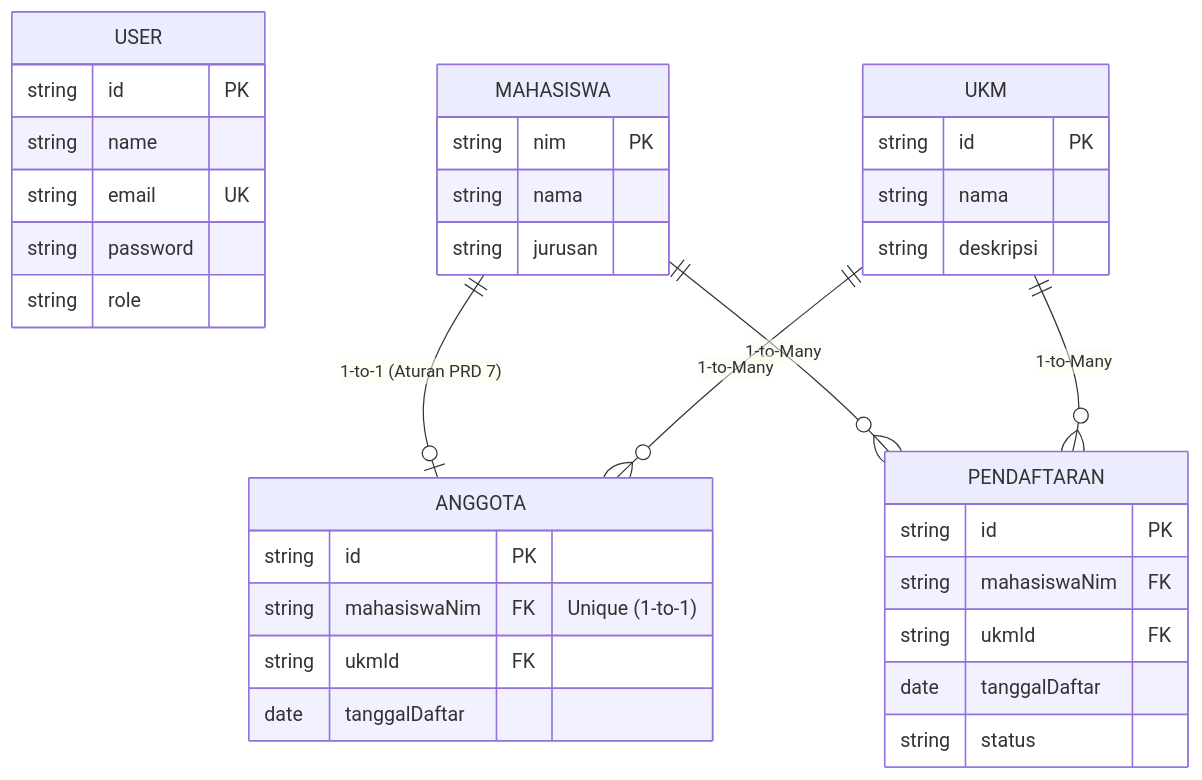
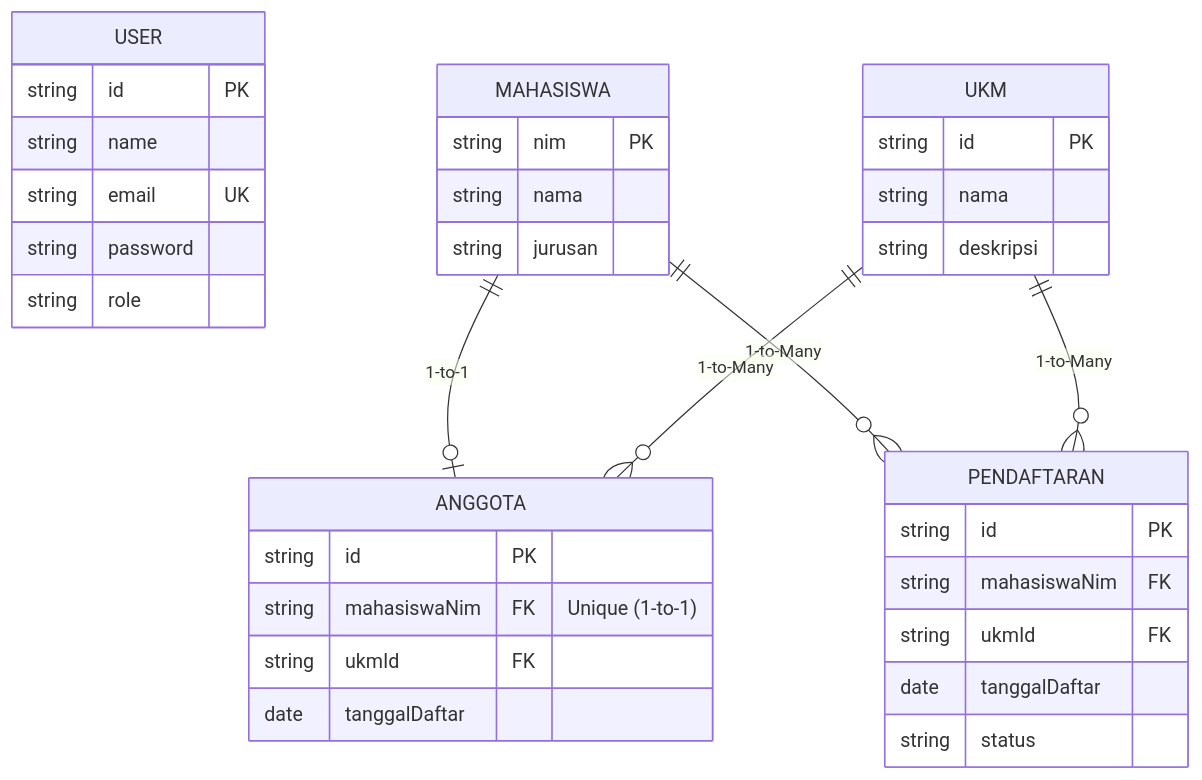
Before and after one commit to budicuy/pengelolaan-anggota-ukm-poliban-ujikom: the second of 2 diagrams in README.md, drawn with Mermaid. The commit also changed other lines of this file, not shown here.

````diff
--- a/README.md
+++ b/README.md
@@ -101,38 +101,38 @@
 ```mermaid
 erDiagram
     USER {
         string id PK
         string name
         string email UK
         string password
         string role
     }
     MAHASISWA {
         string nim PK
         string nama
         string jurusan
     }
     UKM {
         string id PK
         string nama
         string deskripsi
     }
     PENDAFTARAN {
         string id PK
         string mahasiswaNim FK
         string ukmId FK
         date tanggalDaftar
         string status
     }
     ANGGOTA {
         string id PK
         string mahasiswaNim FK "Unique (1-to-1)"
         string ukmId FK
         date tanggalDaftar
     }
 
-    MAHASISWA ||--o| ANGGOTA : "1-to-1 (Aturan PRD 7)"
+    MAHASISWA ||--o| ANGGOTA : "1-to-1"
     MAHASISWA ||--o{ PENDAFTARAN : "1-to-Many"
     UKM ||--o{ ANGGOTA : "1-to-Many"
     UKM ||--o{ PENDAFTARAN : "1-to-Many"
 ```
````
